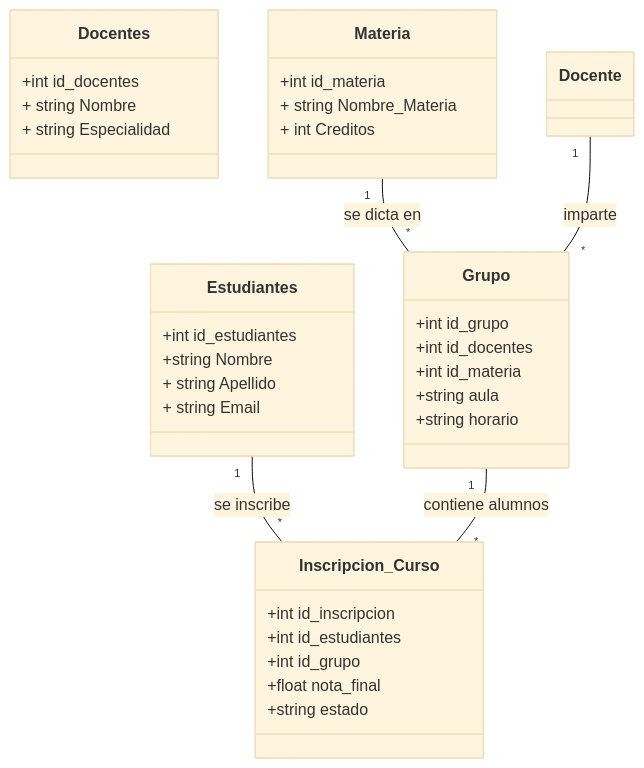
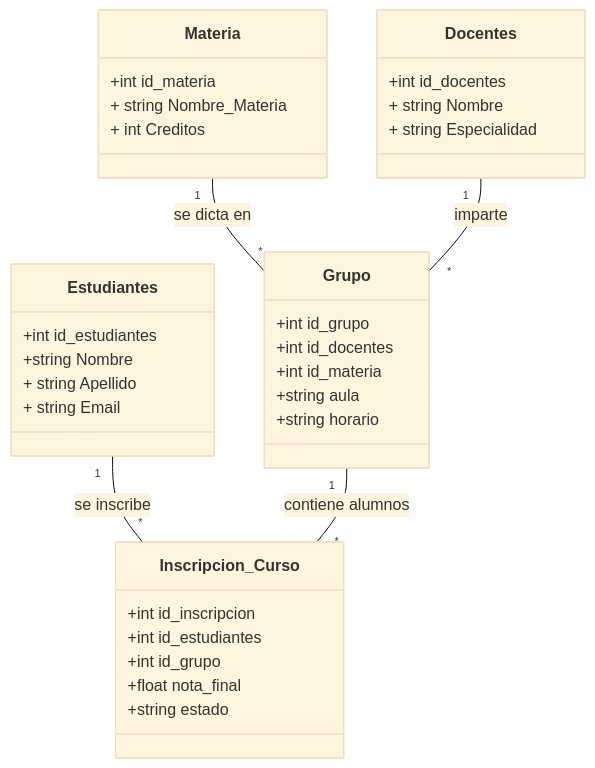
One commit to kevibalant-afk/Practica-mvc changed the diagram in README.md. Above: the diagram before and after it, drawn with Mermaid (base theme).

Commit message:
Fix typo in relationship description for Docente

````diff
--- a/README.md
+++ b/README.md
@@ -2,48 +2,48 @@
 ```mermaid
 classDiagram 
 
 class Estudiantes {
     
     +int id_estudiantes
     +string Nombre
     + string Apellido
     + string Email
 }
 
 class Docentes {
 
     +int  id_docentes
     + string Nombre
     + string Especialidad
 }
 
 class Materia {
     
     +int id_materia
     + string Nombre_Materia
     + int Creditos
 
 }
 class Grupo {
     
     +int id_grupo
     +int id_docentes
     +int id_materia
     +string aula
     +string horario
 }
 
 class Inscripcion_Curso {
 
     +int id_inscripcion
     +int id_estudiantes
     +int id_grupo
     +float nota_final
     +string estado
 }
 
 Estudiantes "1" -- "*"Inscripcion_Curso : se inscribe
     Grupo "1" -- "*" Inscripcion_Curso : contiene alumnos
     Materia "1" -- "*" Grupo : se dicta en
-    Docente "1" -- "*" Grupo : imparte
+    Docentes "1" -- "*" Grupo : imparte
 ```
````
